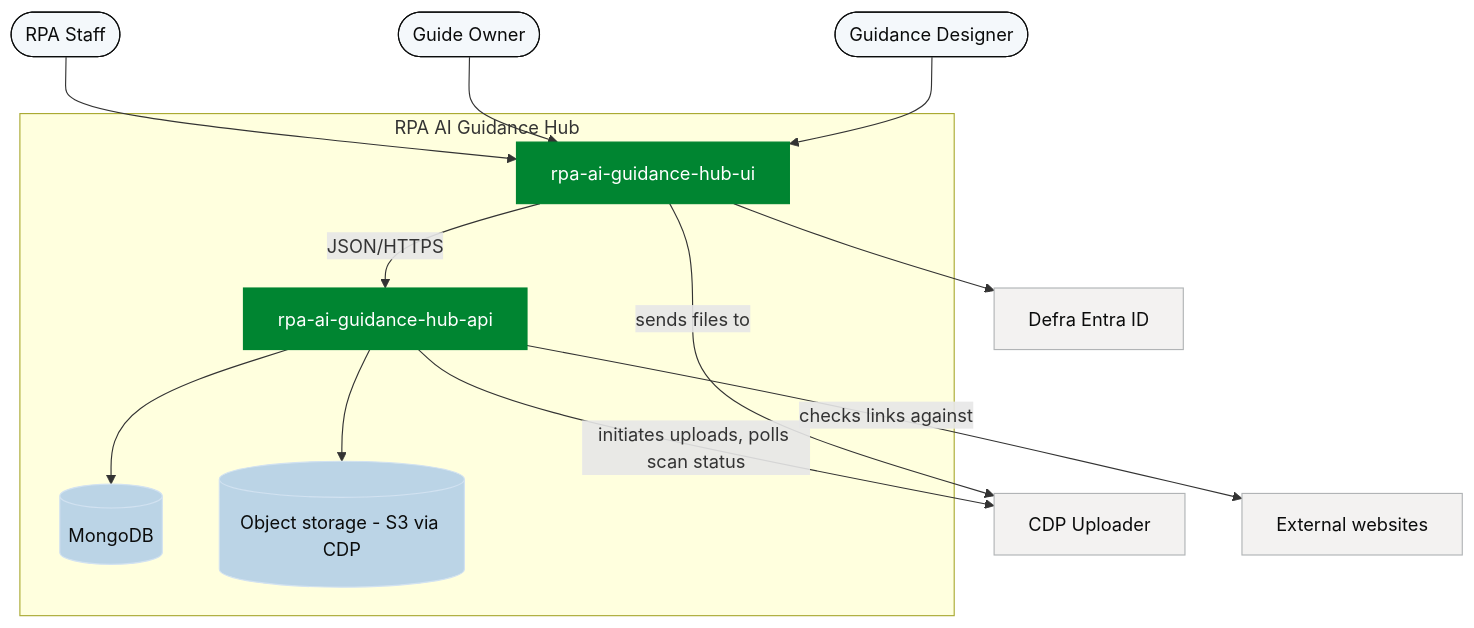
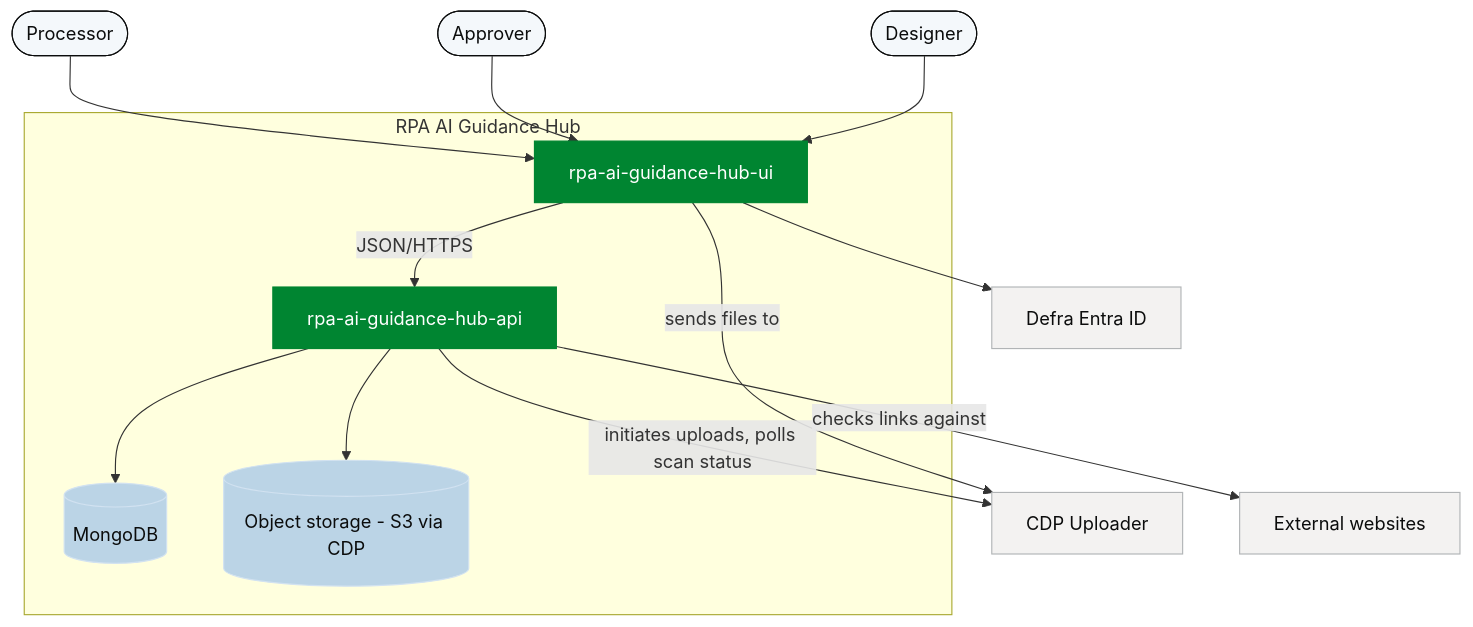
Before and after one commit to DEFRA/rpa-ai-guidance-hub-dev: the second of 4 diagrams in docs/architecture.md, drawn with Mermaid. The commit also changed other lines of this file, not shown here.

Commit message:
Rename architecture actors to Designer, Approver, Processor

````diff
--- a/docs/architecture.md
+++ b/docs/architecture.md
@@ -41,19 +41,19 @@
 ```mermaid
 flowchart TB
-  designer(["Guidance Designer"]):::actor --> ui
-  owner(["Guide Owner"]):::actor --> ui
-  reader(["RPA Staff"]):::actor --> ui
+  designer(["Designer"]):::actor --> ui
+  approver(["Approver"]):::actor --> ui
+  processor(["Processor"]):::actor --> ui
   subgraph hub["RPA AI Guidance Hub"]
     ui["rpa-ai-guidance-hub-ui"]:::svc -->|"JSON/HTTPS"| api["rpa-ai-guidance-hub-api"]:::svc
     api --> mongo[("MongoDB")]:::store
     api --> s3[("Object storage - S3 via CDP")]:::store
   end
   ui --> entra["Defra Entra ID"]:::ext
   ui -->|"sends files to"| uploader["CDP Uploader"]:::ext
   api -->|"initiates uploads, polls scan status"| uploader
   api -->|"checks links against"| sites["External websites"]:::ext
   classDef actor fill:#f4f8fb,stroke:#0b0c0c,color:#0b0c0c
   classDef svc fill:#008531,stroke:#008531,color:#ffffff
   classDef store fill:#bbd4e6,stroke:#d2e2f1,color:#0b0c0c
   classDef ext fill:#f3f2f1,stroke:#b1b4b6,color:#0b0c0c
 ```
````
